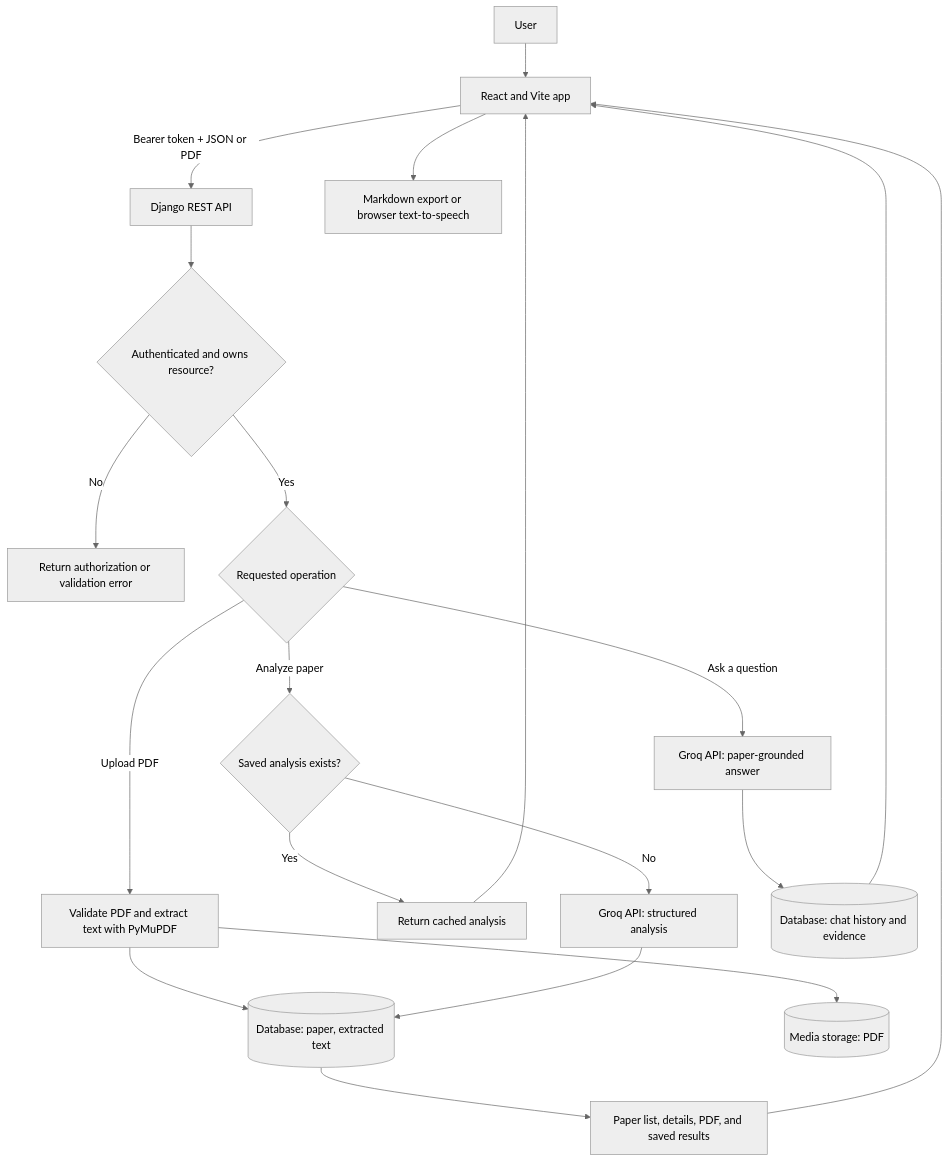
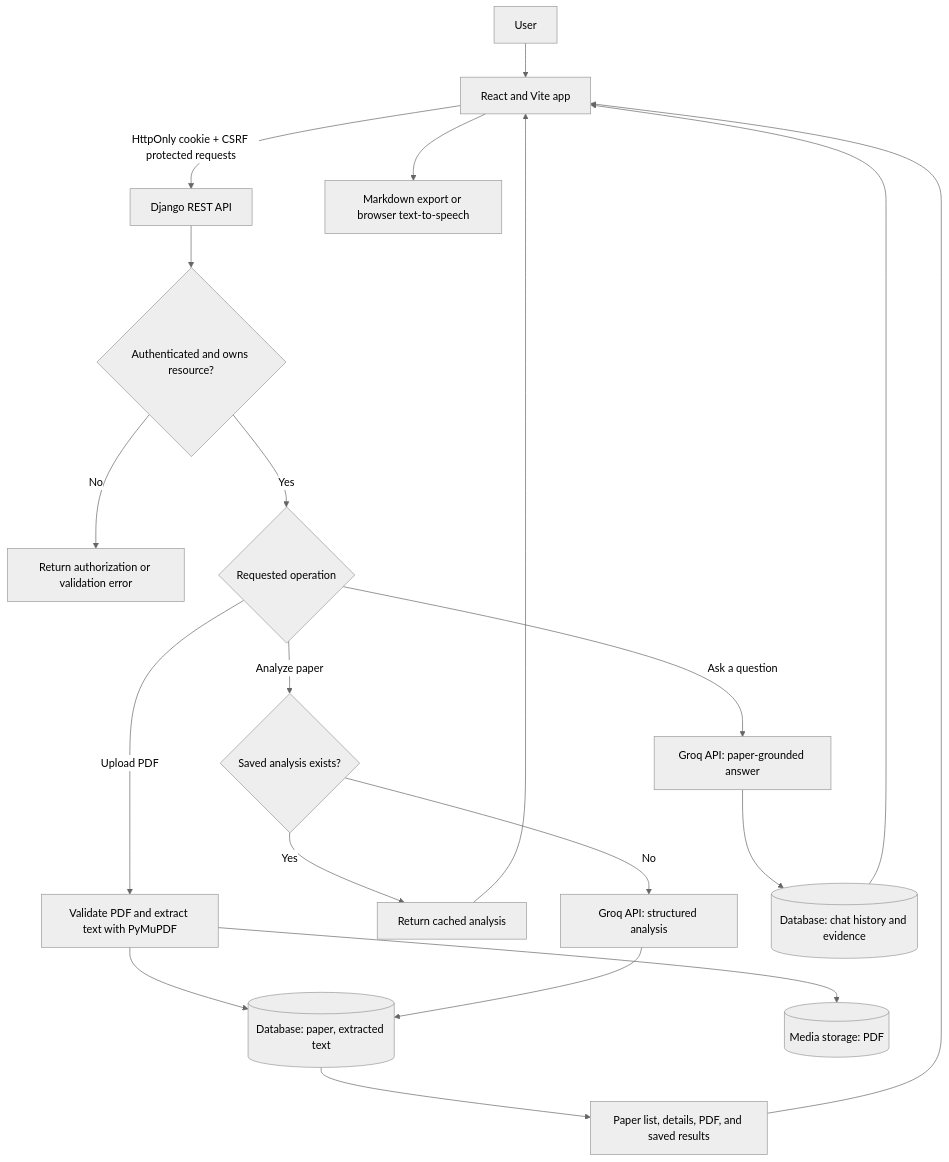
Before and after one commit to sayed-tauhidul-islam/PaperMind-AI: the first of 2 diagrams in README.md, drawn with Mermaid (neutral theme). The commit also changed other lines of this file and 32 other files, not shown here.

````diff
--- a/README.md
+++ b/README.md
@@ -103,22 +109,22 @@
 ```mermaid
 flowchart TD
     A[User] --> B[React and Vite app]
-    B -->|Bearer token + JSON or PDF| C[Django REST API]
+    B -->|HttpOnly cookie + CSRF protected requests| C[Django REST API]
     C --> D{Authenticated and owns resource?}
     D -->|No| E[Return authorization or validation error]
     D -->|Yes| F{Requested operation}
     F -->|Upload PDF| G[Validate PDF and extract text with PyMuPDF]
     G --> H[(Database: paper, extracted text)]
     G --> I[(Media storage: PDF)]
     F -->|Analyze paper| J{Saved analysis exists?}
     J -->|Yes| K[Return cached analysis]
     J -->|No| L[Groq API: structured analysis]
     L --> H
     F -->|Ask a question| M[Groq API: paper-grounded answer]
     M --> N[(Database: chat history and evidence)]
     H --> O[Paper list, details, PDF, and saved results]
     K --> B
     N --> B
     O --> B
     B --> P[Markdown export or browser text-to-speech]
 ```
````
